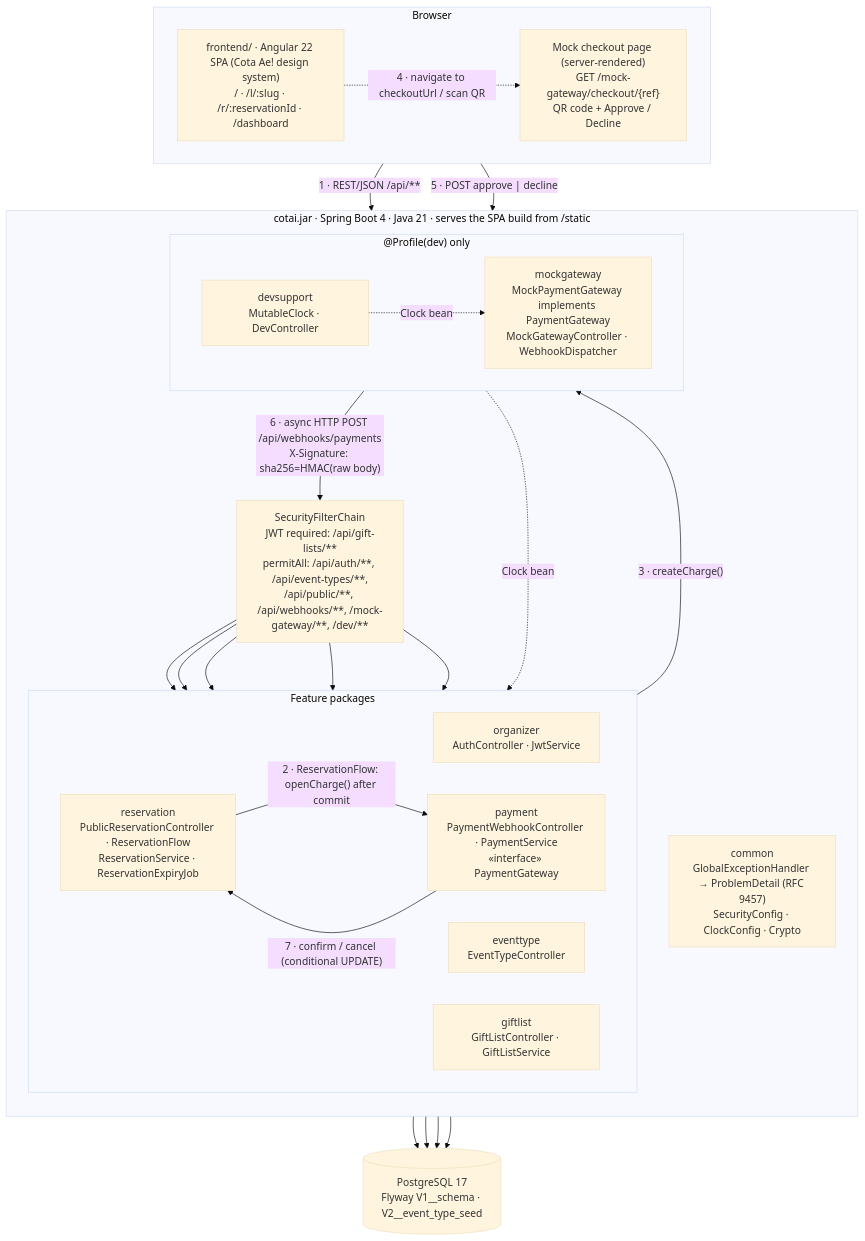
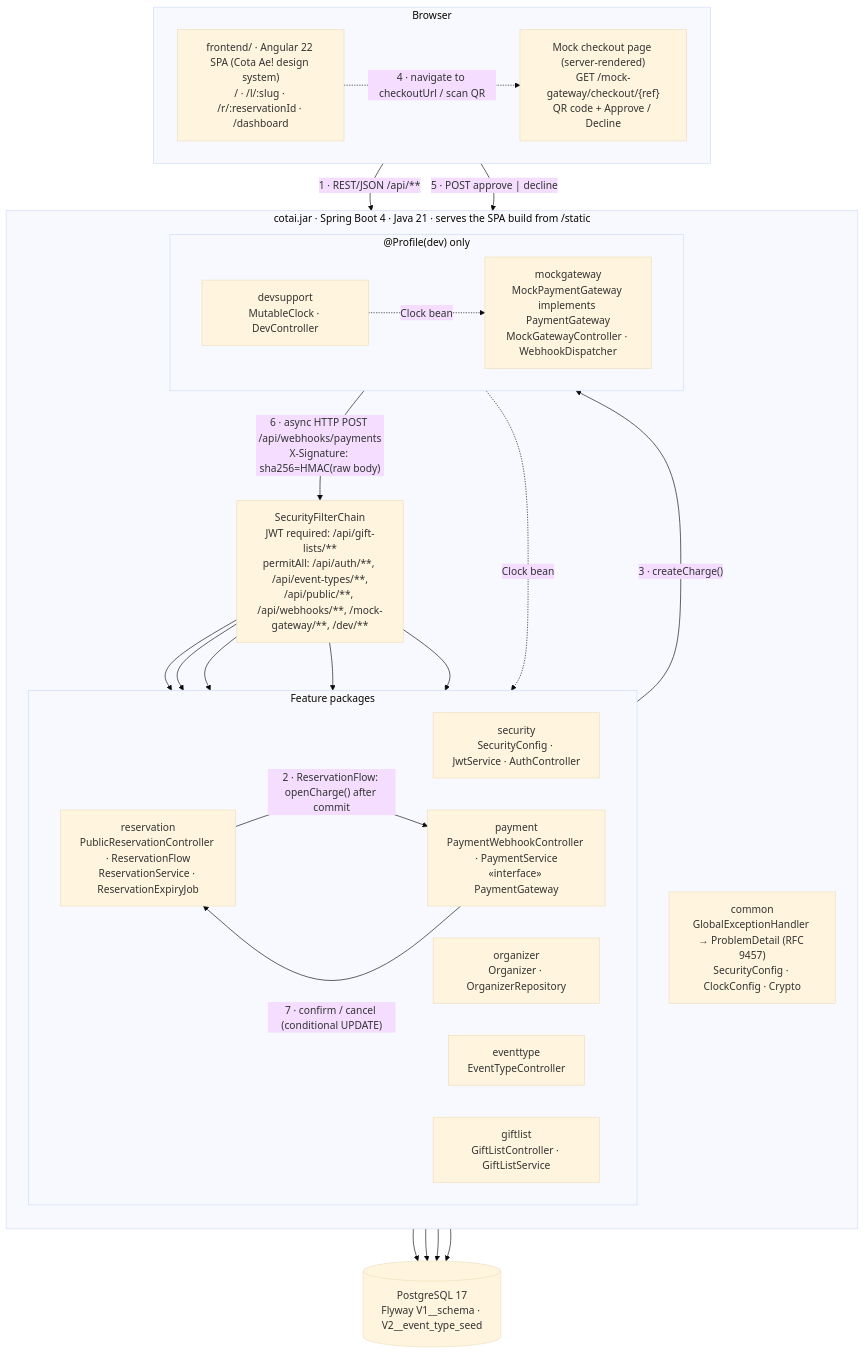
Before and after one commit to mpdrao/cotai: the first of 9 diagrams in docs/design/design-spec.md, drawn with Mermaid (base theme). The commit also changed other lines of this file and 7 other files, not shown here.

````diff
--- a/docs/design/design-spec.md
+++ b/docs/design/design-spec.md
@@ -105,41 +106,42 @@
 ```mermaid
 flowchart TB
   subgraph BROWSER["Browser"]
     direction LR
     SPA["frontend/ · Angular 22 SPA (Cota Ae! design system)<br/>/ · /l/:slug · /r/:reservationId · /dashboard"]
     CHK["Mock checkout page (server-rendered)<br/>GET /mock-gateway/checkout/{ref}<br/>QR code + Approve / Decline"]
   end
 
   subgraph JAR["cotai.jar · Spring Boot 4 · Java 21 · serves the SPA build from /static"]
     direction TB
     SEC["SecurityFilterChain<br/>JWT required: /api/gift-lists/**<br/>permitAll: /api/auth/**, /api/event-types/**,<br/>/api/public/**, /api/webhooks/**, /mock-gateway/**, /dev/**"]
     subgraph FEATURES["Feature packages"]
       direction LR
-      ORG["organizer<br/>AuthController · JwtService"]
+      SEC_PKG["security<br/>SecurityConfig · JwtService · AuthController"]
+      ORG["organizer<br/>Organizer · OrganizerRepository"]
       EVT["eventtype<br/>EventTypeController"]
       GL["giftlist<br/>GiftListController · GiftListService"]
       RES["reservation<br/>PublicReservationController · ReservationFlow<br/>ReservationService · ReservationExpiryJob"]
       PAY["payment<br/>PaymentWebhookController · PaymentService<br/>«interface» PaymentGateway"]
     end
     subgraph DEV["@Profile(dev) only"]
       direction LR
       MOCK["mockgateway<br/>MockPaymentGateway implements PaymentGateway<br/>MockGatewayController · WebhookDispatcher"]
       CLK["devsupport<br/>MutableClock · DevController"]
     end
     ERR["common<br/>GlobalExceptionHandler → ProblemDetail (RFC 9457)<br/>SecurityConfig · ClockConfig · Crypto"]
   end
 
   DB[("PostgreSQL 17<br/>Flyway V1__schema · V2__event_type_seed")]
 
   SPA -- "1 · REST/JSON /api/**" --> SEC
   SEC --> ORG & EVT & GL & RES
   RES -- "2 · ReservationFlow: openCharge() after commit" --> PAY
   PAY -- "3 · createCharge()" --> MOCK
   SPA -. "4 · navigate to checkoutUrl / scan QR" .-> CHK
   CHK -- "5 · POST approve | decline" --> MOCK
   MOCK -- "6 · async HTTP POST /api/webhooks/payments<br/>X-Signature: sha256=HMAC(raw body)" --> SEC
   SEC --> PAY
   PAY -- "7 · confirm / cancel (conditional UPDATE)" --> RES
   ORG & GL & RES & PAY --> DB
   CLK -. "Clock bean" .-> RES & MOCK
 ```
````
